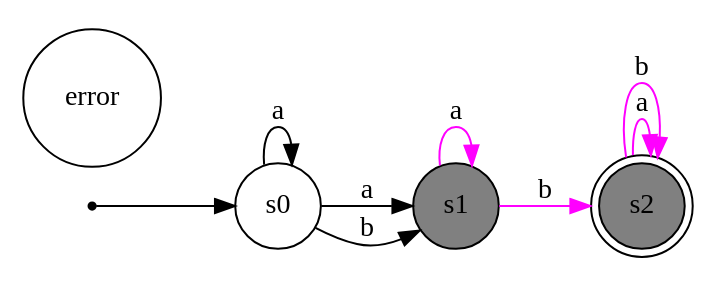
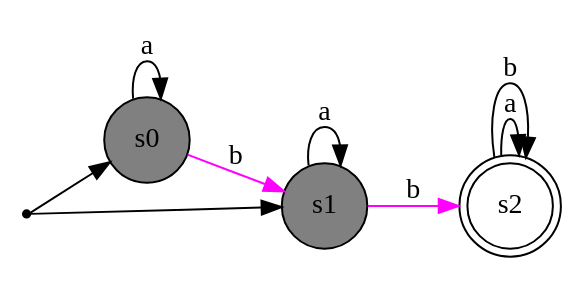
Before and after one commit to lukaz-r/AFD-animator: the diagram in dotfiles/arq_4.dot, drawn with Graphviz. The commit also changed 19 other files, not shown here.

```diff
--- a/dotfiles/arq_4.dot
+++ b/dotfiles/arq_4.dot
@@ -1,21 +1,20 @@
 digraph maquina_de_estados { 
 	rankdir=LR;
 	size="10"
 	node [shape = doublecircle];
 	s2
 	node [shape = point];
 	p
 	node [shape = circle];
-	error [style=filled, fillcolor=white];
 	p -> s0
+	p -> s1
 	node [shape = circle];
-	s2[style=filled, fillcolor=gray]
+	s0[style=filled, fillcolor=gray]
 	s1[style=filled, fillcolor=gray]
 	s0 -> s0[label = "a"][color=black];
-	s0 -> s1[label = "a"][color=black];
-	s0 -> s1[label = "b"][color=black];
-	s1 -> s1[label = "a"][color=magenta];
+	s0 -> s1[label = "b"][color=magenta];
+	s1 -> s1[label = "a"][color=black];
 	s1 -> s2[label = "b"][color=magenta];
-	s2 -> s2[label = "a"][color=magenta];
-	s2 -> s2[label = "b"][color=magenta];
+	s2 -> s2[label = "a"][color=black];
+	s2 -> s2[label = "b"][color=black];
 	}
```
